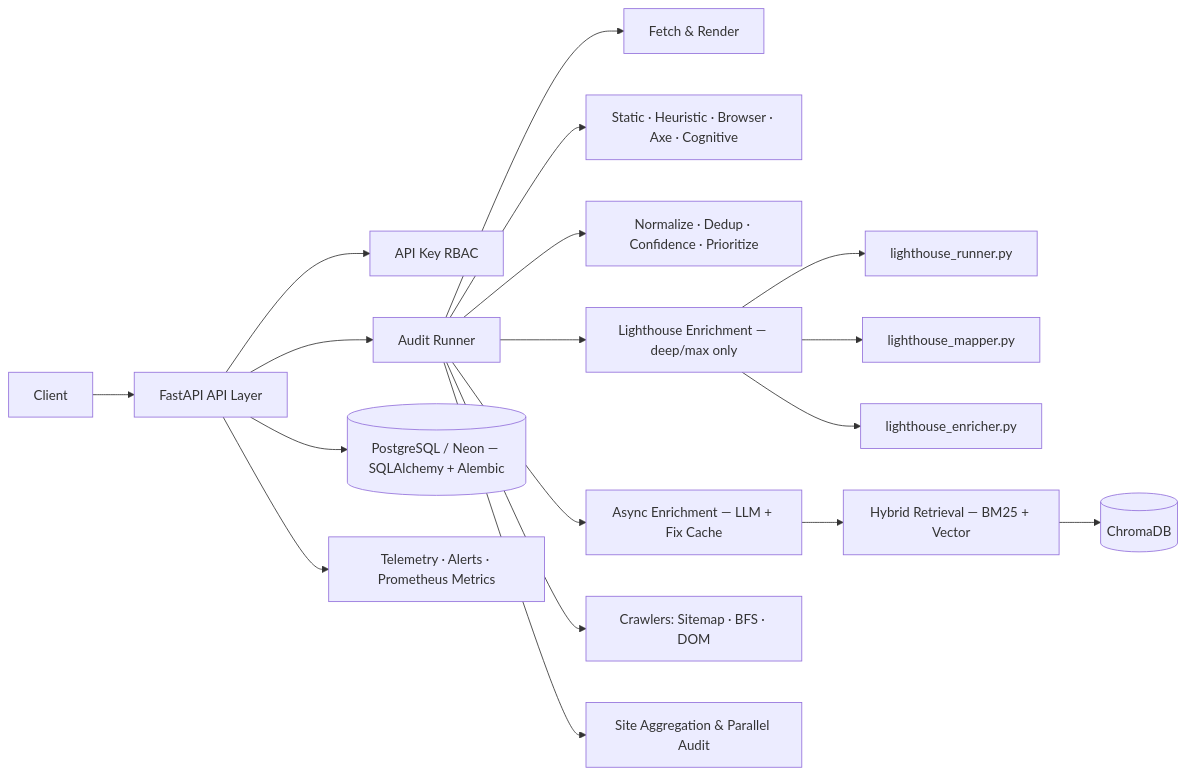
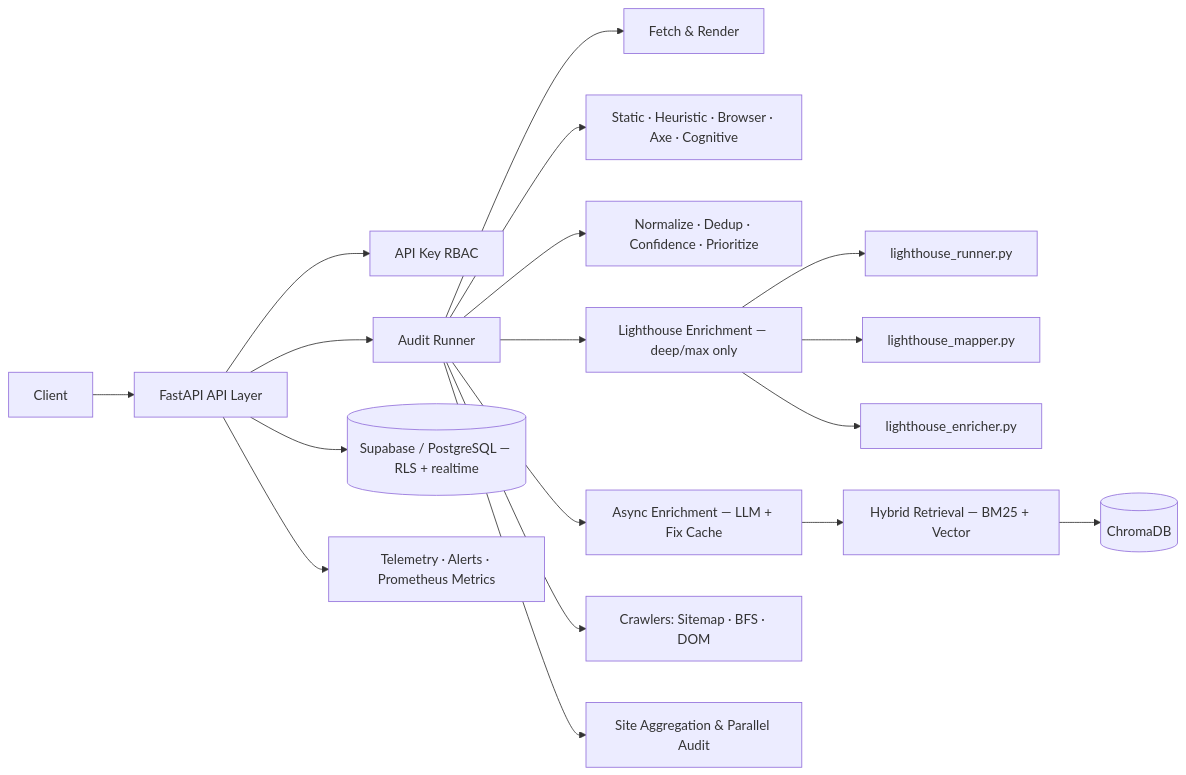
The diagram in README.md (WillyEverGreen/BEACON), drawn with Mermaid before and after one commit. The commit also changed other lines of this file and 2 other files, not shown here.

Commit message:
feat: implement production Supabase schema with RLS, real-time, and user-scoped data access

````diff
--- a/README.md
+++ b/README.md
@@ -145,24 +145,24 @@
 ```mermaid
 flowchart LR
     C[Client] --> API[FastAPI API Layer]
     API --> AUTH[API Key RBAC]
     API --> RUN[Audit Runner]
 
     RUN --> FETCH[Fetch & Render]
     RUN --> ENGINES[Static · Heuristic · Browser · Axe · Cognitive]
     RUN --> SCORE[Normalize · Dedup · Confidence · Prioritize]
     RUN --> ENRICH[Async Enrichment — LLM + Fix Cache]
     RUN --> LH[Lighthouse Enrichment — deep/max only]
     RUN --> CRAWL[Crawlers: Sitemap · BFS · DOM]
     RUN --> SITE[Site Aggregation & Parallel Audit]
 
     LH --> LH_RUNNER[lighthouse_runner.py]
     LH --> LH_MAPPER[lighthouse_mapper.py]
     LH --> LH_MERGER[lighthouse_enricher.py]
 
     ENRICH --> RAG[Hybrid Retrieval — BM25 + Vector]
     RAG --> VDB[(ChromaDB)]
 
-    API --> DB[(PostgreSQL / Neon — SQLAlchemy + Alembic)]
+    API --> DB[(Supabase / PostgreSQL — RLS + realtime)]
     API --> OBS[Telemetry · Alerts · Prometheus Metrics]
 ```
````
